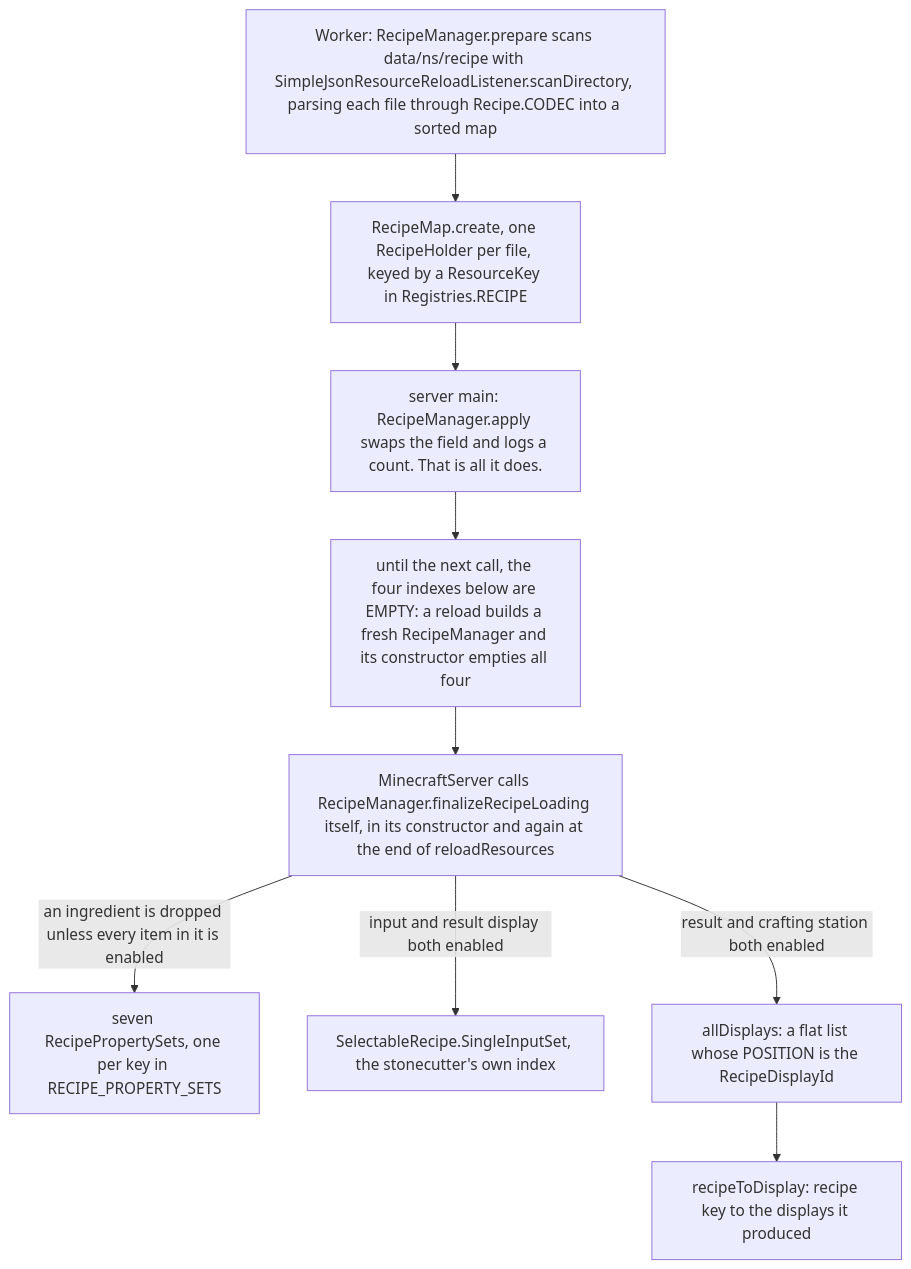
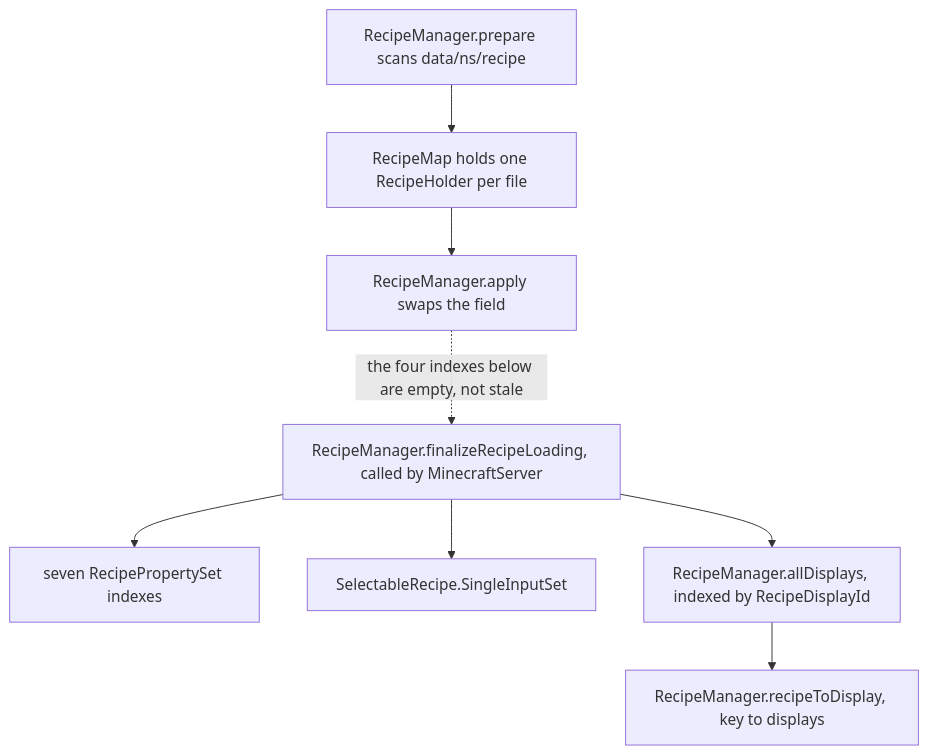
One commit to AlexanderjFraser/MinecraftDocs changed the first of 3 diagrams in src/systems/items/recipes.md. Above: the diagram before and after it, drawn with Mermaid. The commit also changed other lines of this file and 19 other files, not shown here.

````diff
--- a/src/systems/items/recipes.md
+++ b/src/systems/items/recipes.md
@@ -40,11 +40,12 @@
 ```mermaid
 flowchart TD
-    W["Worker: RecipeManager.prepare scans data/ns/recipe with SimpleJsonResourceReloadListener.scanDirectory, parsing each file through Recipe.CODEC into a sorted map"] --> M["RecipeMap.create, one RecipeHolder per file, keyed by a ResourceKey in Registries.RECIPE"]
-    M --> A["server main: RecipeManager.apply swaps the field and logs a count. That is all it does."]
-    A --> GAP["until the next call, the four indexes below are EMPTY: a reload builds a fresh RecipeManager and its constructor empties all four"]
-    GAP --> F["MinecraftServer calls RecipeManager.finalizeRecipeLoading itself, in its constructor and again at the end of reloadResources"]
-    F -->|"an ingredient is dropped unless every item in it is enabled"| P1["seven RecipePropertySets, one per key in RECIPE_PROPERTY_SETS"]
-    F -->|"input and result display both enabled"| P2["SelectableRecipe.SingleInputSet, the stonecutter's own index"]
-    F -->|"result and crafting station both enabled"| P3["allDisplays: a flat list whose POSITION is the RecipeDisplayId"]
-    P3 --> P4["recipeToDisplay: recipe key to the displays it produced"]
+    W["RecipeManager.prepare scans data/ns/recipe"]:::worker
+    W --> M["RecipeMap holds one RecipeHolder per file"]:::worker
+    M --> A["RecipeManager.apply swaps the field"]:::server
+    A -. "the four indexes below are empty, not stale" .-> F
+    F["RecipeManager.finalizeRecipeLoading, called by MinecraftServer"]:::server
+    F --> P1["seven RecipePropertySet indexes"]:::server
+    F --> P2["SelectableRecipe.SingleInputSet"]:::server
+    F --> P3["RecipeManager.allDisplays, indexed by RecipeDisplayId"]:::server
+    P3 --> P4["RecipeManager.recipeToDisplay, key to displays"]:::server
 ```
````
